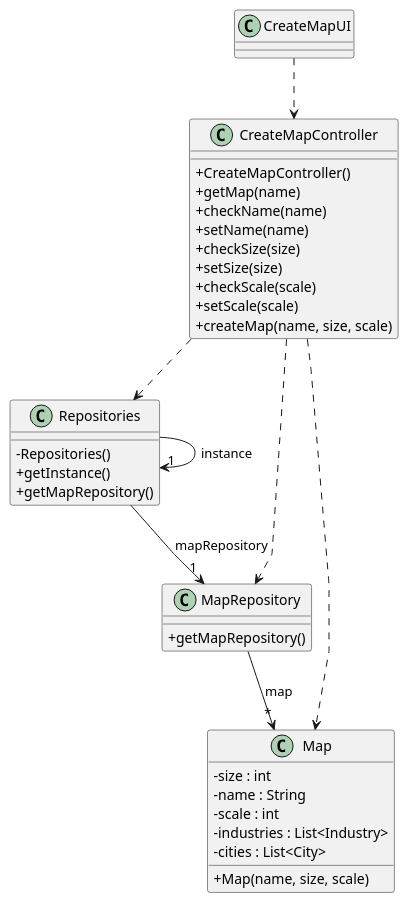
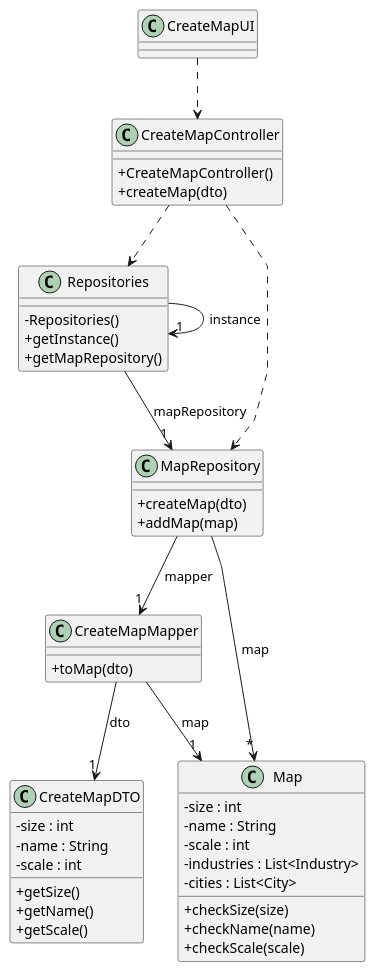
One commit to 1240935/pi2-railway-simulator changed the diagram in Sprint3/US001/03.design/puml/US001-CD.puml. Above: the diagram before and after it, drawn with PlantUML. The commit also changed 8 other files, not shown here.

```diff
--- a/Sprint3/US001/03.design/puml/US001-CD.puml
+++ b/Sprint3/US001/03.design/puml/US001-CD.puml
@@ -1,58 +1,69 @@
 @startuml
 'skinparam monochrome true
 skinparam packageStyle rectangle
 skinparam shadowing false
 skinparam linetype polyline
 'skinparam linetype orto
 
 skinparam classAttributeIconSize 0
 
 'left to right direction
 
 
 class CreateMapUI {
 
 }
 
 class CreateMapController {
   +CreateMapController()
-  +getMap(name)
-  +checkName(name)
-  +setName(name)
-  +checkSize(size)
-  +setSize(size)
-  +checkScale(scale)
-  +setScale(scale)
-  +createMap(name, size, scale)
+  +createMap(dto)
+}
+
+class CreateMapDTO {
+    - size : int
+    - name : String
+    - scale : int
+    + getSize()
+    + getName()
+    + getScale()
+}
+
+class CreateMapMapper {
+    + toMap(dto)
 }
 
 class MapRepository {
-   +getMapRepository()
+    + createMap(dto)
+    + addMap(map)
 }
 
 class Repositories {
     - Repositories()
     + getInstance()
     + getMapRepository()
 }
 
 class Map {
   - size : int
   - name : String
   - scale : int
   - industries : List<Industry>
   - cities : List<City>
-  + Map(name, size, scale)
-
+  + checkSize(size)
+  + checkName(name)
+  + checkScale(scale)
 }
 
 CreateMapUI ..> CreateMapController
+
+CreateMapController ..> MapRepository
 CreateMapController ..> Repositories
-CreateMapController ..> MapRepository
-CreateMapController ..> Map
-MapRepository --> "*" Map : map
+CreateMapMapper --> "1" CreateMapDTO: dto
+CreateMapMapper --> "1" Map : map
+MapRepository --> "1" CreateMapMapper: mapper
+MapRepository --> "*" Map: map
 Repositories --> "1" MapRepository : mapRepository
 Repositories -> "1" Repositories : instance
 
 
 @enduml
```
